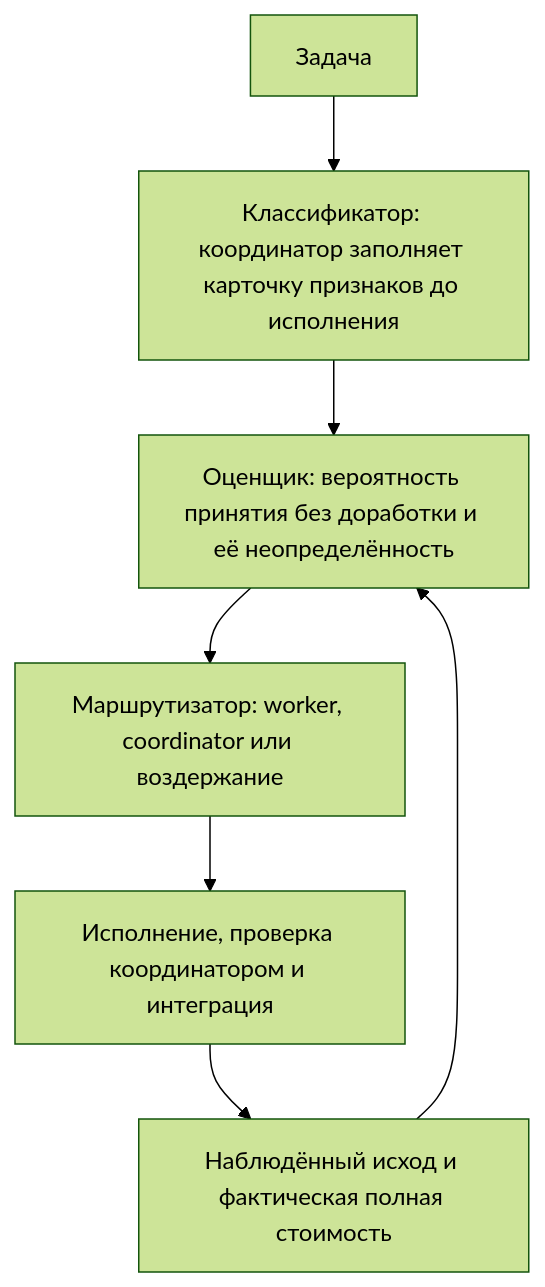
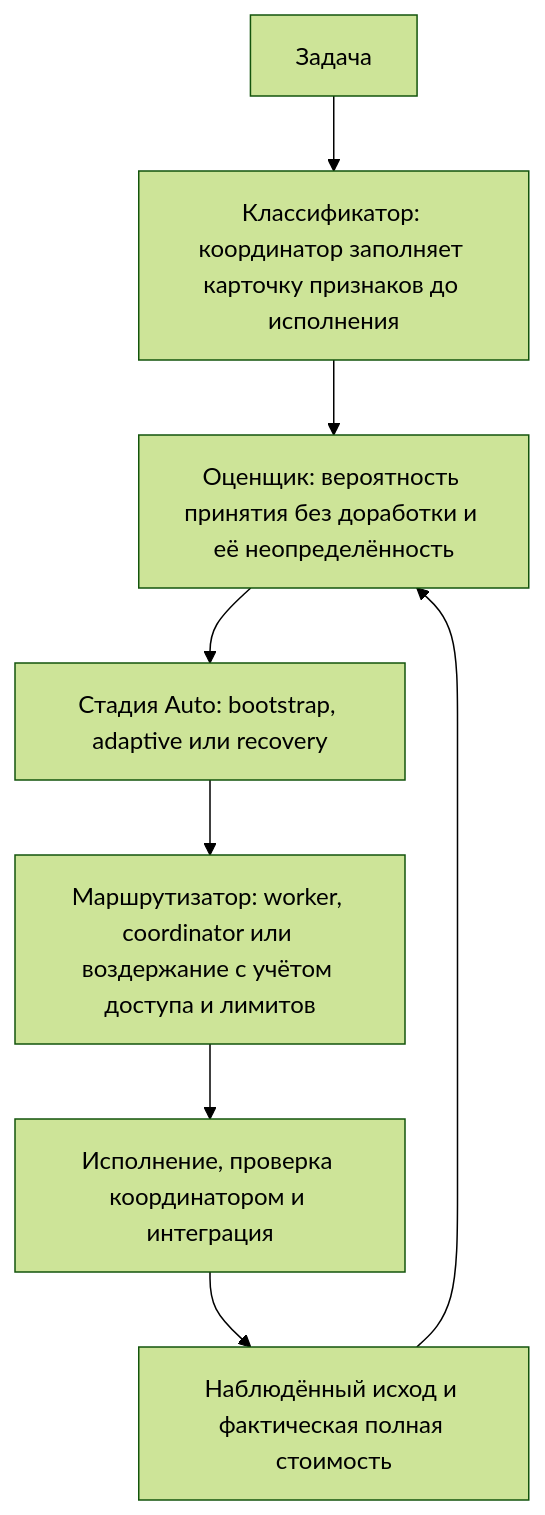
Before and after one commit to kirill31337/deepseek-team: the diagram in docs/ROUTING.ru.md, drawn with Mermaid (forest theme). The commit also changed other lines of this file and 20 other files, not shown here.

Commit message:
feat: automatically bootstrap adaptive delegation

````diff
--- a/docs/ROUTING.ru.md
+++ b/docs/ROUTING.ru.md
@@ -16,9 +16,10 @@
 ```mermaid
 flowchart TD
     T[Задача] --> C["Классификатор: координатор заполняет карточку признаков до исполнения"]
     C --> E["Оценщик: вероятность принятия без доработки и её неопределённость"]
-    E --> R["Маршрутизатор: worker, coordinator или воздержание"]
+    E --> S["Стадия Auto: bootstrap, adaptive или recovery"]
+    S --> R["Маршрутизатор: worker, coordinator или воздержание с учётом доступа и лимитов"]
     R --> X["Исполнение, проверка координатором и интеграция"]
     X --> O["Наблюдённый исход и фактическая полная стоимость"]
     O --> E
 ```
````
